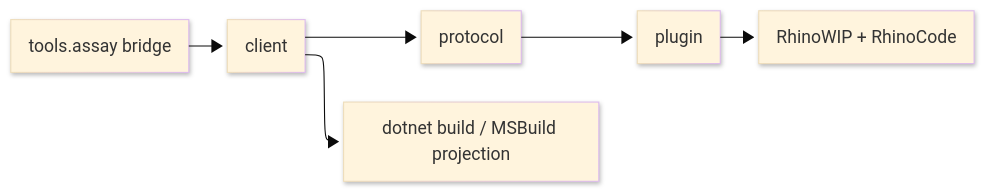
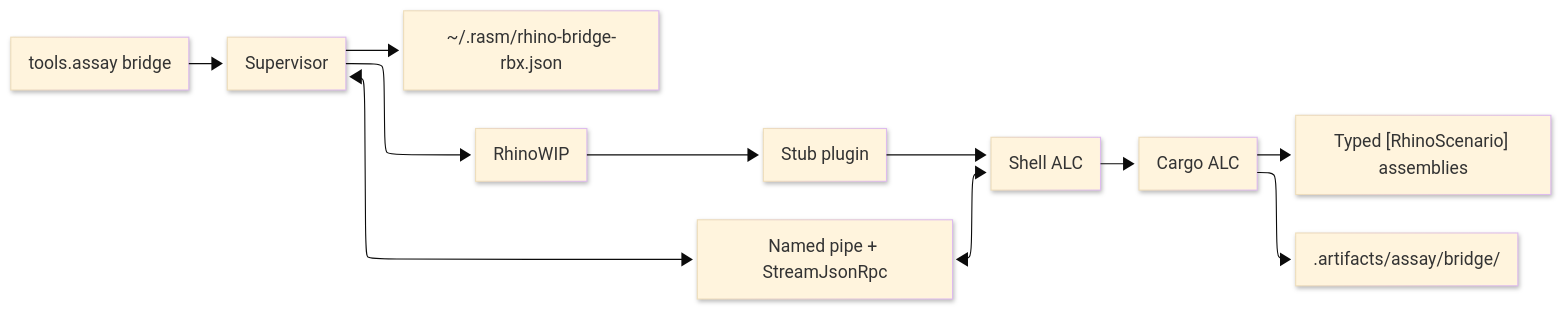
The diagram in tools/rhino-bridge/README.md (bsamiee/Rasm), drawn with Mermaid before and after one commit. The commit also changed other lines of this file and 324 other files, not shown here.

````diff
--- a/tools/rhino-bridge/README.md
+++ b/tools/rhino-bridge/README.md
@@ -30,20 +94,19 @@
 ```mermaid
 ---
 config:
   layout: elk
   look: neo
   theme: base
-  elk:
-    mergeEdges: false
-    nodePlacementStrategy: BRANDES_KOEPF
-    cycleBreakingStrategy: GREEDY_MODEL_ORDER
 ---
 flowchart LR
-    accTitle: Rhino bridge command architecture
-    accDescr: The tools.assay bridge operator routes commands through the client, protocol, plugin, and RhinoWIP with RhinoCode; the client also owns dotnet build and MSBuild projection.
-    Operator["tools.assay bridge"] --> Client["client"]
-    Client --> Protocol["protocol"]
-    Protocol --> Plugin["plugin"]
-    Plugin --> Rhino["RhinoWIP + RhinoCode"]
-    Client --> DotNet["dotnet build / MSBuild projection"]
+    Assay["tools.assay bridge"] --> Supervisor["Supervisor"]
+    Supervisor --> Endpoint["~/.rasm/rhino-bridge-rbx.json"]
+    Supervisor --> Rhino["RhinoWIP"]
+    Rhino --> Stub["Stub plugin"]
+    Stub --> Shell["Shell ALC"]
+    Supervisor <--> Pipe["Named pipe + StreamJsonRpc"]
+    Pipe <--> Shell
+    Shell --> Cargo["Cargo ALC"]
+    Cargo --> Scenarios["Typed [RhinoScenario] assemblies"]
+    Cargo --> ReportDir[".artifacts/assay/bridge/<runId>"]
 ```
````
